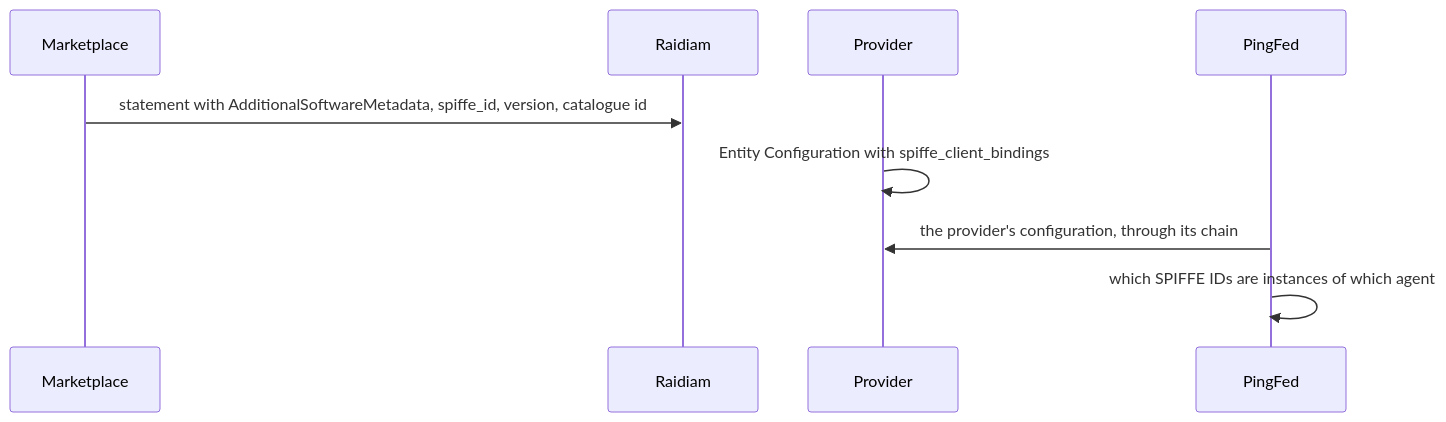
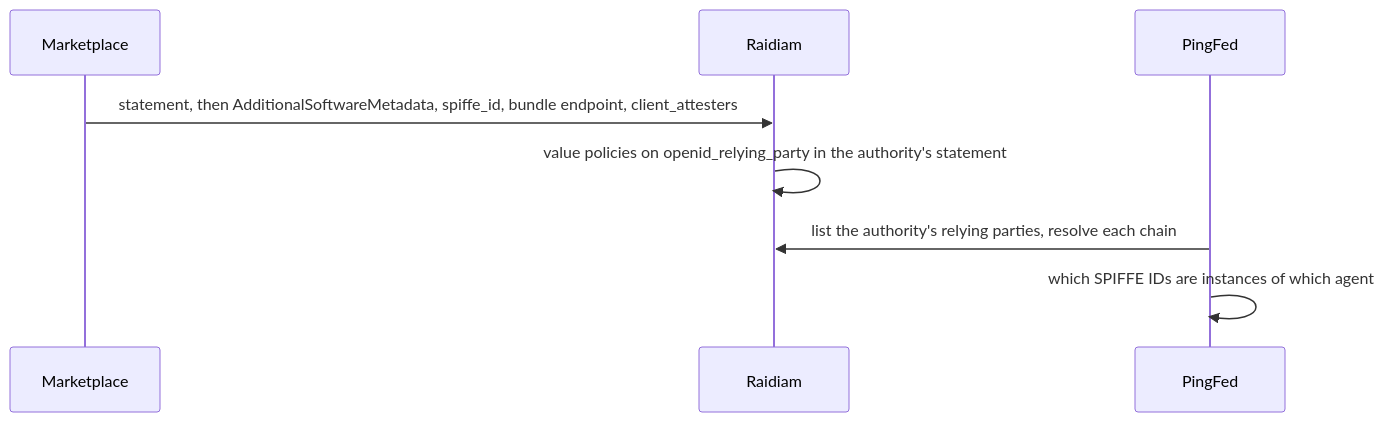
Diagram 17 of 21 in demo/flows.md (MC-IDPartners/pf-agentic-identity), drawn with Mermaid before and after one commit. The commit also changed other lines of this file and 8 other files, not shown here.

````diff
--- a/demo/flows.md
+++ b/demo/flows.md
@@ -453,11 +472,10 @@
 ```mermaid
 sequenceDiagram
     participant MP as Marketplace
     participant RD as Raidiam
-    participant PR as Provider
     participant PF as PingFed
-    MP->>RD: statement with AdditionalSoftwareMetadata, spiffe_id, version, catalogue id
-    PR->>PR: Entity Configuration with spiffe_client_bindings
-    PF->>PR: the provider's configuration, through its chain
+    MP->>RD: statement, then AdditionalSoftwareMetadata, spiffe_id, bundle endpoint, client_attesters
+    RD->>RD: value policies on openid_relying_party in the authority's statement
+    PF->>RD: list the authority's relying parties, resolve each chain
     PF->>PF: which SPIFFE IDs are instances of which agent
 ```
````
